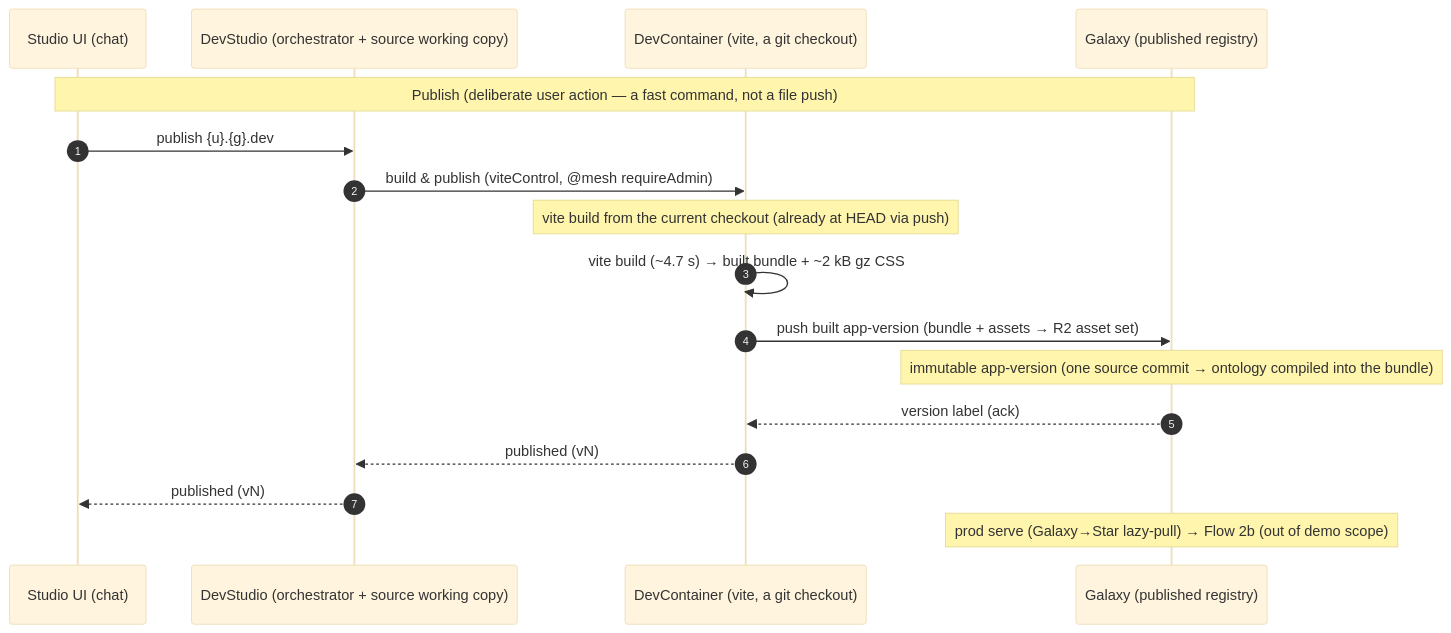
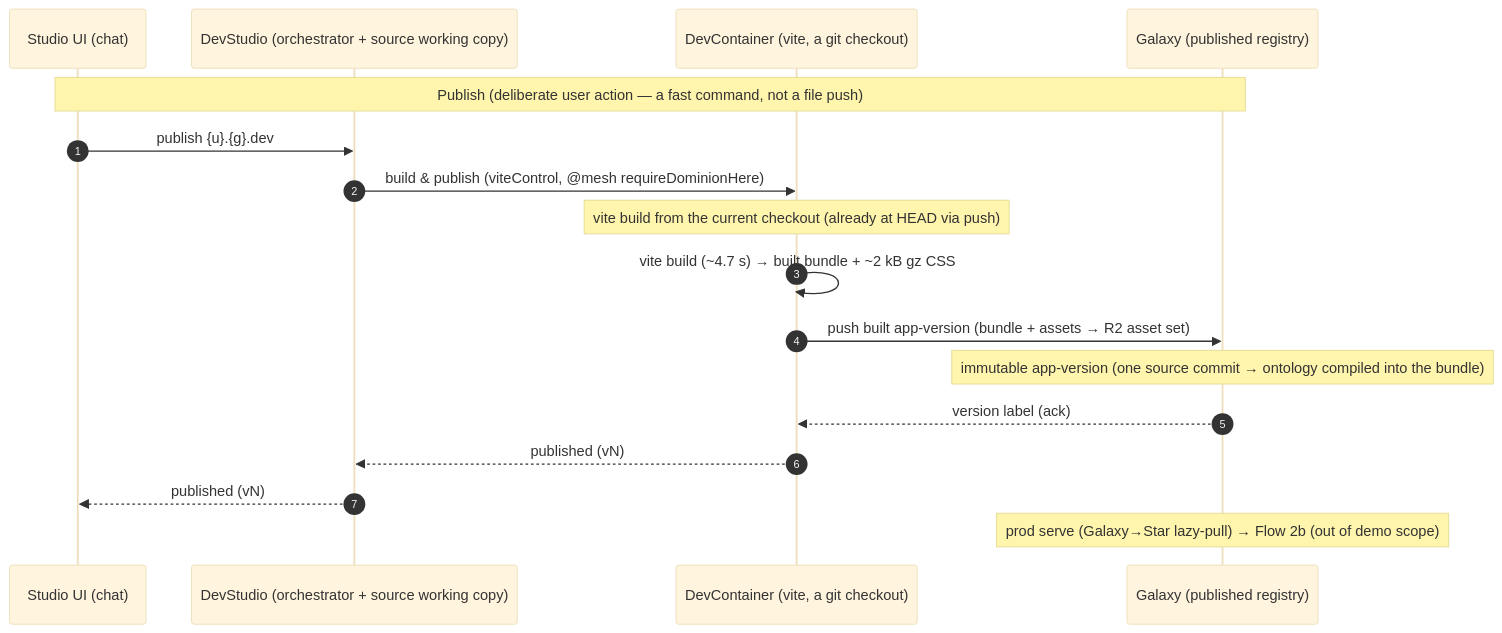
The seventh of 9 diagrams in tasks/reference/nebula-dev-flows.md (lumenize/lumenize), drawn with Mermaid (base theme) before and after one commit. The commit also changed other lines of this file and 78 other files, not shown here.

First line of the commit message:
build(dominion-rename): the vocabulary rename ships; task done + archived

````diff
--- a/tasks/reference/nebula-dev-flows.md
+++ b/tasks/reference/nebula-dev-flows.md
@@ -249,20 +249,20 @@
 ```mermaid
 sequenceDiagram
     autonumber
     participant UI as Studio UI (chat)
     participant STU as DevStudio (orchestrator + source working copy)
     participant DC as DevContainer (vite, a git checkout)
     participant G as Galaxy (published registry)
 
     Note over UI,G: Publish (deliberate user action — a fast command, not a file push)
     UI->>STU: publish {u}.{g}.dev
-    STU->>DC: build & publish (viteControl, @mesh requireAdmin)
+    STU->>DC: build & publish (viteControl, @mesh requireDominionHere)
     Note over DC: vite build from the current checkout (already at HEAD via push)
     DC->>DC: vite build (~4.7 s) → built bundle + ~2 kB gz CSS
     DC->>G: push built app-version (bundle + assets → R2 asset set)
     Note over G: immutable app-version (one source commit → ontology compiled into the bundle)
     G-->>DC: version label (ack)
     DC-->>STU: published (vN)
     STU-->>UI: published (vN)
     Note over G: prod serve (Galaxy→Star lazy-pull) → Flow 2b (out of demo scope)
 ```
````
